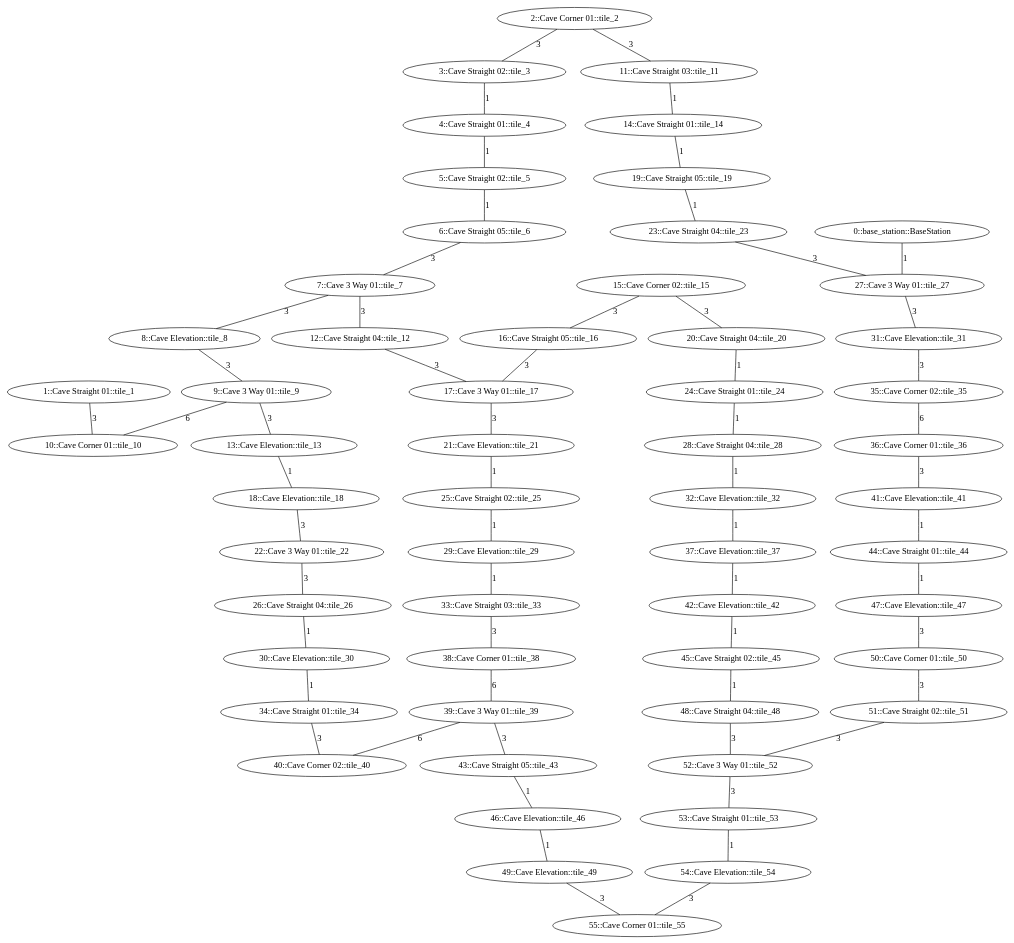
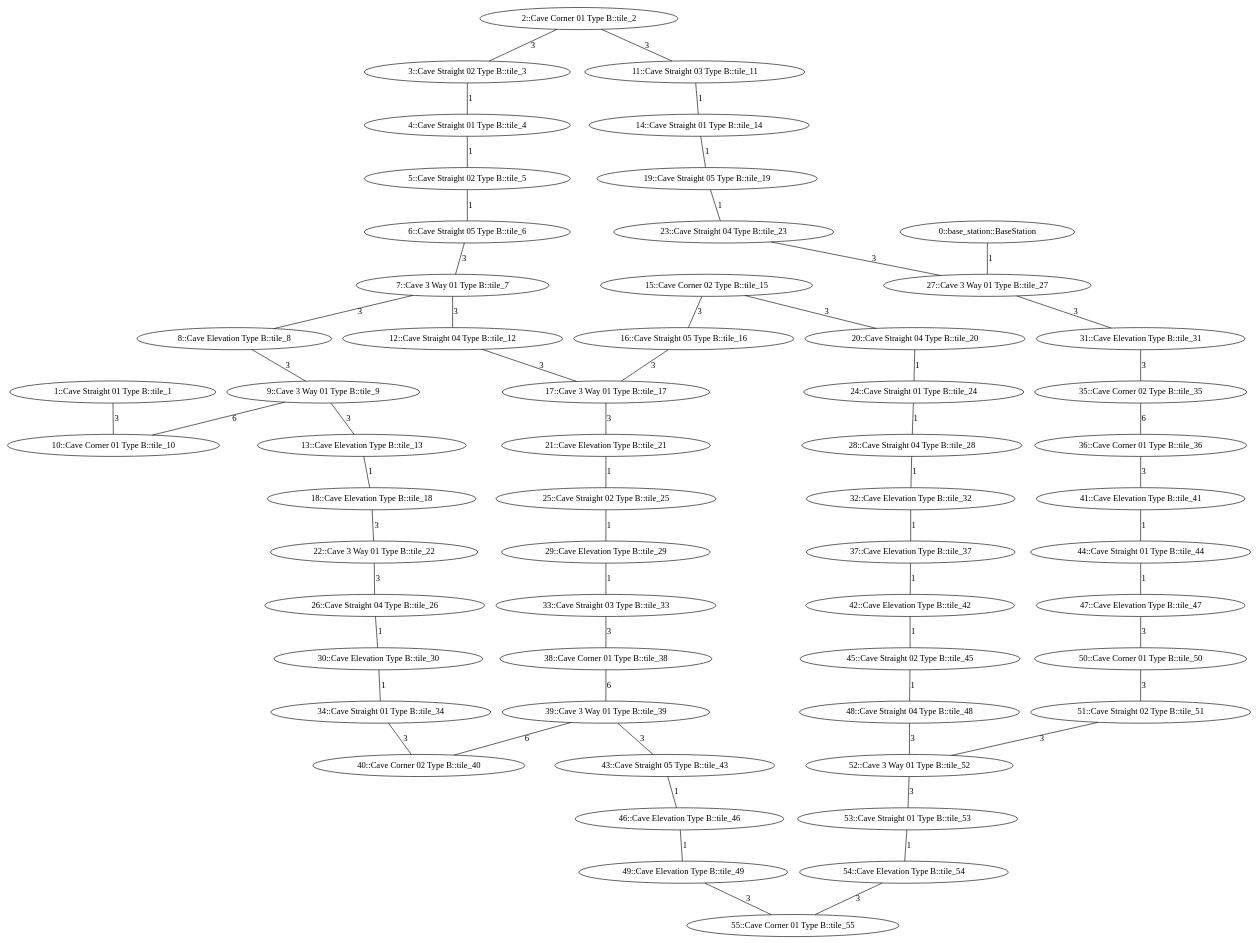
Before and after one commit to osrf/subt: the diagram in subt_ign/worlds/simple_cave_02.dot, drawn with Graphviz. The commit also changed 17 other files, not shown here.

```diff
--- a/subt_ign/worlds/simple_cave_02.dot
+++ b/subt_ign/worlds/simple_cave_02.dot
@@ -1,128 +1,128 @@
 /* Visibility graph for simple_cave_02 */
 /* Generated with the generator.py script: */
 /*   __main__.py simple_cave_02.tsv -\-graph-file simple_cave_02.dot -\-world-file simple_cave_02.sdf -\-world-name simple_cave_02 -\-scale_x 25 -\-scale_y 25 -\-cave -\-y0 175 -\-x0 0 -\-z0 0 -\-level_type row_col -\-levels_buf 5 */
 
 graph {
   /* ==== Vertices ==== */
 
   /* Base station / Staging area */
   0   [label="0::base_station::BaseStation"];
 
-  1   [label="1::Cave Straight 01::tile_1"];
-  2   [label="2::Cave Corner 01::tile_2"];
-  3   [label="3::Cave Straight 02::tile_3"];
-  4   [label="4::Cave Straight 01::tile_4"];
-  5   [label="5::Cave Straight 02::tile_5"];
-  6   [label="6::Cave Straight 05::tile_6"];
-  7   [label="7::Cave 3 Way 01::tile_7"];
-  8   [label="8::Cave Elevation::tile_8"];
-  9   [label="9::Cave 3 Way 01::tile_9"];
-  10  [label="10::Cave Corner 01::tile_10"];
-  11  [label="11::Cave Straight 03::tile_11"];
-  12  [label="12::Cave Straight 04::tile_12"];
-  13  [label="13::Cave Elevation::tile_13"];
-  14  [label="14::Cave Straight 01::tile_14"];
-  15  [label="15::Cave Corner 02::tile_15"];
-  16  [label="16::Cave Straight 05::tile_16"];
-  17  [label="17::Cave 3 Way 01::tile_17"];
-  18  [label="18::Cave Elevation::tile_18"];
-  19  [label="19::Cave Straight 05::tile_19"];
-  20  [label="20::Cave Straight 04::tile_20"];
-  21  [label="21::Cave Elevation::tile_21"];
-  22  [label="22::Cave 3 Way 01::tile_22"];
-  23  [label="23::Cave Straight 04::tile_23"];
-  24  [label="24::Cave Straight 01::tile_24"];
-  25  [label="25::Cave Straight 02::tile_25"];
-  26  [label="26::Cave Straight 04::tile_26"];
-  27  [label="27::Cave 3 Way 01::tile_27"];
-  28  [label="28::Cave Straight 04::tile_28"];
-  29  [label="29::Cave Elevation::tile_29"];
-  30  [label="30::Cave Elevation::tile_30"];
-  31  [label="31::Cave Elevation::tile_31"];
-  32  [label="32::Cave Elevation::tile_32"];
-  33  [label="33::Cave Straight 03::tile_33"];
-  34  [label="34::Cave Straight 01::tile_34"];
-  35  [label="35::Cave Corner 02::tile_35"];
-  36  [label="36::Cave Corner 01::tile_36"];
-  37  [label="37::Cave Elevation::tile_37"];
-  38  [label="38::Cave Corner 01::tile_38"];
-  39  [label="39::Cave 3 Way 01::tile_39"];
-  40  [label="40::Cave Corner 02::tile_40"];
-  41  [label="41::Cave Elevation::tile_41"];
-  42  [label="42::Cave Elevation::tile_42"];
-  43  [label="43::Cave Straight 05::tile_43"];
-  44  [label="44::Cave Straight 01::tile_44"];
-  45  [label="45::Cave Straight 02::tile_45"];
-  46  [label="46::Cave Elevation::tile_46"];
-  47  [label="47::Cave Elevation::tile_47"];
-  48  [label="48::Cave Straight 04::tile_48"];
-  49  [label="49::Cave Elevation::tile_49"];
-  50  [label="50::Cave Corner 01::tile_50"];
-  51  [label="51::Cave Straight 02::tile_51"];
-  52  [label="52::Cave 3 Way 01::tile_52"];
-  53  [label="53::Cave Straight 01::tile_53"];
-  54  [label="54::Cave Elevation::tile_54"];
-  55  [label="55::Cave Corner 01::tile_55"];
+  1   [label="1::Cave Straight 01 Type B::tile_1"];
+  2   [label="2::Cave Corner 01 Type B::tile_2"];
+  3   [label="3::Cave Straight 02 Type B::tile_3"];
+  4   [label="4::Cave Straight 01 Type B::tile_4"];
+  5   [label="5::Cave Straight 02 Type B::tile_5"];
+  6   [label="6::Cave Straight 05 Type B::tile_6"];
+  7   [label="7::Cave 3 Way 01 Type B::tile_7"];
+  8   [label="8::Cave Elevation Type B::tile_8"];
+  9   [label="9::Cave 3 Way 01 Type B::tile_9"];
+  10  [label="10::Cave Corner 01 Type B::tile_10"];
+  11  [label="11::Cave Straight 03 Type B::tile_11"];
+  12  [label="12::Cave Straight 04 Type B::tile_12"];
+  13  [label="13::Cave Elevation Type B::tile_13"];
+  14  [label="14::Cave Straight 01 Type B::tile_14"];
+  15  [label="15::Cave Corner 02 Type B::tile_15"];
+  16  [label="16::Cave Straight 05 Type B::tile_16"];
+  17  [label="17::Cave 3 Way 01 Type B::tile_17"];
+  18  [label="18::Cave Elevation Type B::tile_18"];
+  19  [label="19::Cave Straight 05 Type B::tile_19"];
+  20  [label="20::Cave Straight 04 Type B::tile_20"];
+  21  [label="21::Cave Elevation Type B::tile_21"];
+  22  [label="22::Cave 3 Way 01 Type B::tile_22"];
+  23  [label="23::Cave Straight 04 Type B::tile_23"];
+  24  [label="24::Cave Straight 01 Type B::tile_24"];
+  25  [label="25::Cave Straight 02 Type B::tile_25"];
+  26  [label="26::Cave Straight 04 Type B::tile_26"];
+  27  [label="27::Cave 3 Way 01 Type B::tile_27"];
+  28  [label="28::Cave Straight 04 Type B::tile_28"];
+  29  [label="29::Cave Elevation Type B::tile_29"];
+  30  [label="30::Cave Elevation Type B::tile_30"];
+  31  [label="31::Cave Elevation Type B::tile_31"];
+  32  [label="32::Cave Elevation Type B::tile_32"];
+  33  [label="33::Cave Straight 03 Type B::tile_33"];
+  34  [label="34::Cave Straight 01 Type B::tile_34"];
+  35  [label="35::Cave Corner 02 Type B::tile_35"];
+  36  [label="36::Cave Corner 01 Type B::tile_36"];
+  37  [label="37::Cave Elevation Type B::tile_37"];
+  38  [label="38::Cave Corner 01 Type B::tile_38"];
+  39  [label="39::Cave 3 Way 01 Type B::tile_39"];
+  40  [label="40::Cave Corner 02 Type B::tile_40"];
+  41  [label="41::Cave Elevation Type B::tile_41"];
+  42  [label="42::Cave Elevation Type B::tile_42"];
+  43  [label="43::Cave Straight 05 Type B::tile_43"];
+  44  [label="44::Cave Straight 01 Type B::tile_44"];
+  45  [label="45::Cave Straight 02 Type B::tile_45"];
+  46  [label="46::Cave Elevation Type B::tile_46"];
+  47  [label="47::Cave Elevation Type B::tile_47"];
+  48  [label="48::Cave Straight 04 Type B::tile_48"];
+  49  [label="49::Cave Elevation Type B::tile_49"];
+  50  [label="50::Cave Corner 01 Type B::tile_50"];
+  51  [label="51::Cave Straight 02 Type B::tile_51"];
+  52  [label="52::Cave 3 Way 01 Type B::tile_52"];
+  53  [label="53::Cave Straight 01 Type B::tile_53"];
+  54  [label="54::Cave Elevation Type B::tile_54"];
+  55  [label="55::Cave Corner 01 Type B::tile_55"];
 
   /* ==== Edges ==== */
 
   /* Base station */
   0  -- 27  [label=1];
   1  -- 10  [label=3];
   2  -- 3   [label=3];
   2  -- 11  [label=3];
   3  -- 4   [label=1];
   4  -- 5   [label=1];
   5  -- 6   [label=1];
   6  -- 7   [label=3];  /* Intersection */
   7  -- 8   [label=3];  /* Intersection */
   7  -- 12  [label=3];  /* Intersection */
   8  -- 9   [label=3];  /* Intersection */
   9  -- 10  [label=6];  /* Intersection */
   9  -- 13  [label=3];  /* Intersection */
   11 -- 14  [label=1];
   12 -- 17  [label=3];  /* Intersection */
   13 -- 18  [label=1];
   14 -- 19  [label=1];
   15 -- 16  [label=3];
   15 -- 20  [label=3];
   16 -- 17  [label=3];  /* Intersection */
   17 -- 21  [label=3];  /* Intersection */
   18 -- 22  [label=3];  /* Intersection */
   19 -- 23  [label=1];
   20 -- 24  [label=1];
   21 -- 25  [label=1];
   22 -- 26  [label=3];  /* Intersection */
   23 -- 27  [label=3];  /* Intersection */
   24 -- 28  [label=1];
   25 -- 29  [label=1];
   26 -- 30  [label=1];
   27 -- 31  [label=3];  /* Intersection */
   28 -- 32  [label=1];
   29 -- 33  [label=1];
   30 -- 34  [label=1];
   31 -- 35  [label=3];
   32 -- 37  [label=1];
   33 -- 38  [label=3];
   34 -- 40  [label=3];
   35 -- 36  [label=6];
   36 -- 41  [label=3];
   37 -- 42  [label=1];
   38 -- 39  [label=6];  /* Intersection */
   39 -- 40  [label=6];  /* Intersection */
   39 -- 43  [label=3];  /* Intersection */
   41 -- 44  [label=1];
   42 -- 45  [label=1];
   43 -- 46  [label=1];
   44 -- 47  [label=1];
   45 -- 48  [label=1];
   46 -- 49  [label=1];
   47 -- 50  [label=3];
   48 -- 52  [label=3];  /* Intersection */
   49 -- 55  [label=3];
   50 -- 51  [label=3];
   51 -- 52  [label=3];  /* Intersection */
   52 -- 53  [label=3];  /* Intersection */
   53 -- 54  [label=1];
   54 -- 55  [label=3];
 }
```
